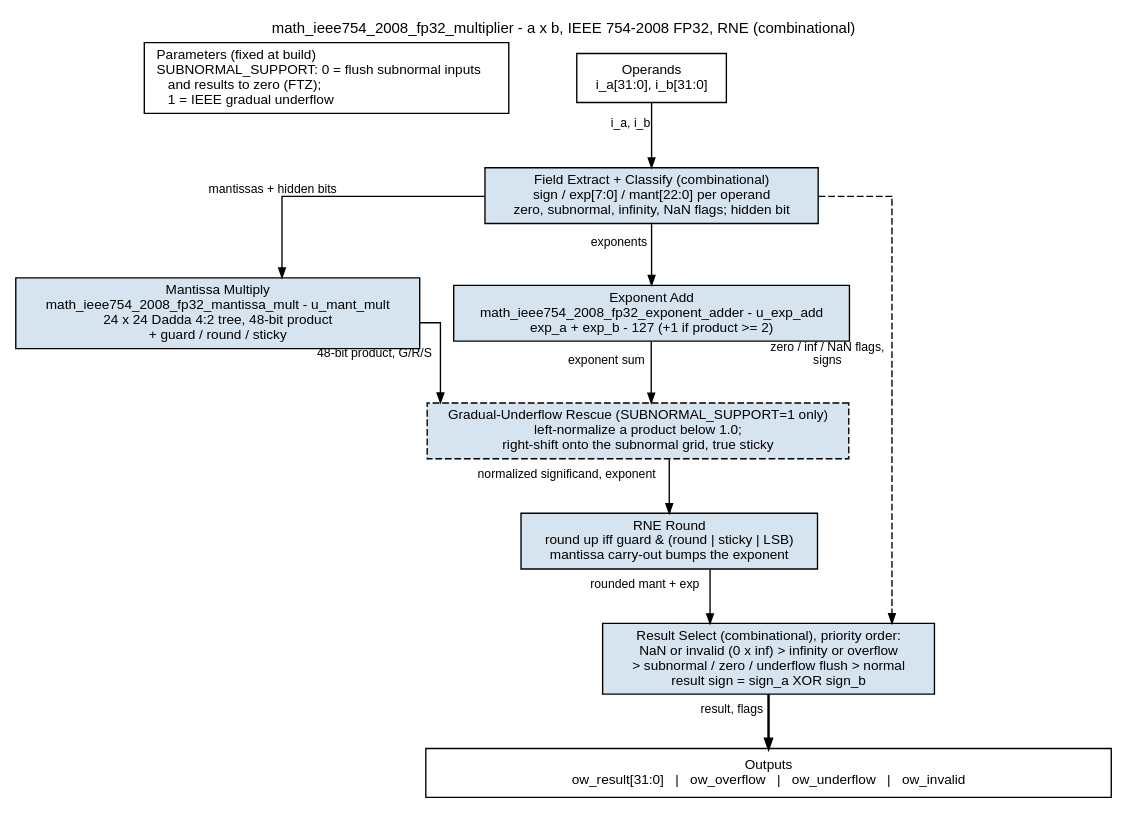
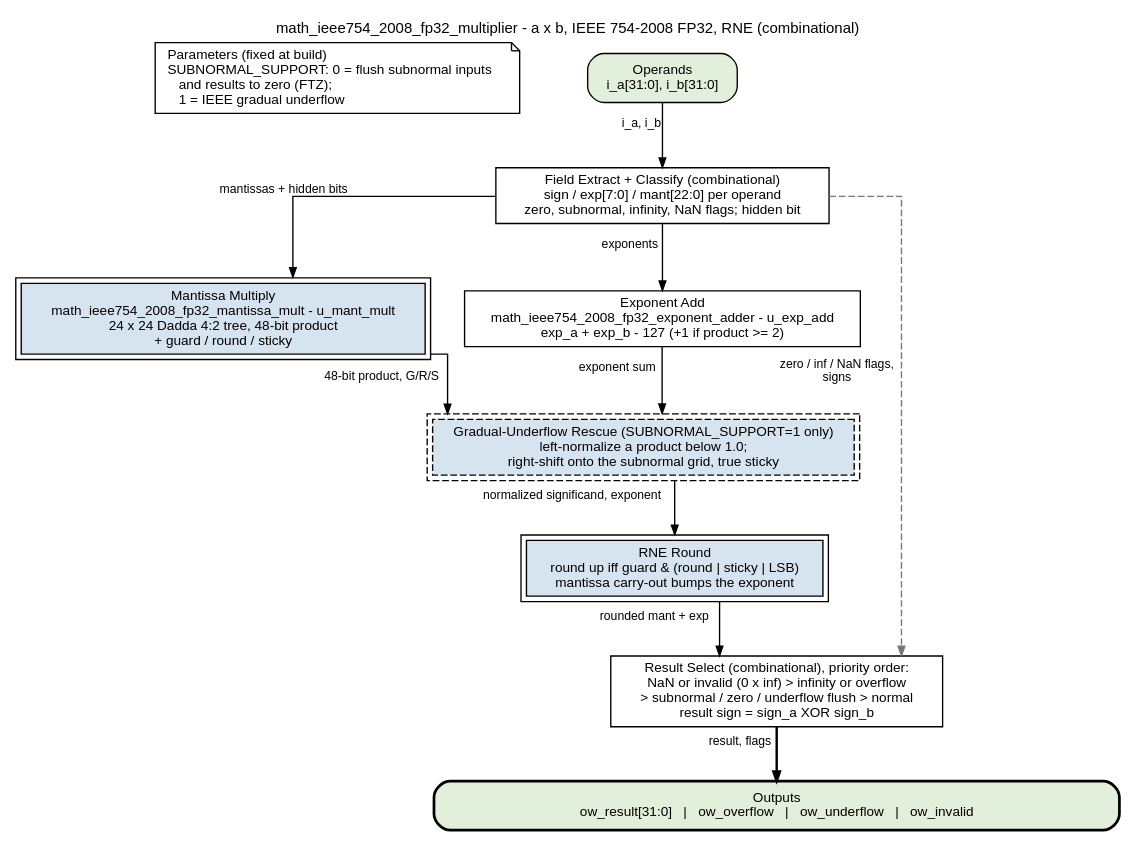
One commit to sean-galloway/RTLDesignSherpa changed the diagram in docs/markdown/assets/rtl-math/graphviz/math_ieee754_2008_fp32_multiplier.dot. Above: the diagram before and after it, drawn with Graphviz. The commit also changed 1165 other files, not shown here.

First line of the commit message:
docs: every block diagram converted to the element key v3 (641 rendered)

```diff
--- a/docs/markdown/assets/rtl-math/graphviz/math_ieee754_2008_fp32_multiplier.dot
+++ b/docs/markdown/assets/rtl-math/graphviz/math_ieee754_2008_fp32_multiplier.dot
@@ -1,44 +1,44 @@
 // math_ieee754_2008_fp32_multiplier block diagram - house style
 // (vault/handbook/authoring/block-diagrams.md). Combinational. Operands down
 // the center; sign, mantissa and exponent paths side by side; the optional
 // gradual-underflow rescue dashed (SUBNORMAL_SUPPORT=1 only); special-case
 // flags down the left as dashed sideband into the final select.
 // Source of truth: rtl/math/math_ieee754_2008_fp32_multiplier.sv (generated by
 // bin/rtl_generators/ieee754/fp32_multiplier.py).
 digraph math_ieee754_2008_fp32_multiplier {
     graph [rankdir=TB, bgcolor="white", fontname="Helvetica", fontsize=11,
            nodesep="0.35", ranksep="0.55", splines=ortho, newrank=true,
            label="math_ieee754_2008_fp32_multiplier - a x b, IEEE 754-2008 FP32, RNE (combinational)",
            labelloc=t, labeljust=c];
     node  [fontname="Helvetica", fontsize=10, shape=box, style=filled,
-           fillcolor="#D6E4F0", color="black", margin="0.12,0.06"];
+           fillcolor="white", color="black", margin="0.12,0.06"];
     edge  [fontname="Helvetica", fontsize=9, color="black", arrowsize=0.7];
 
-    prm  [label="Parameters (fixed at build)\lSUBNORMAL_SUPPORT: 0 = flush subnormal inputs\l    and results to zero (FTZ);\l    1 = IEEE gradual underflow\l", fillcolor="white"];
-    opa  [label="Operands\ni_a[31:0], i_b[31:0]", fillcolor="white"];
+    prm  [label="Parameters (fixed at build)\lSUBNORMAL_SUPPORT: 0 = flush subnormal inputs\l    and results to zero (FTZ);\l    1 = IEEE gradual underflow\l", fillcolor="white", shape=note];
+    opa  [label="Operands\ni_a[31:0], i_b[31:0]", fillcolor="white", style="rounded,filled", fillcolor="#E2EFDA"];
 
-    unp  [label="Field Extract + Classify (combinational)\nsign / exp[7:0] / mant[22:0] per operand\nzero, subnormal, infinity, NaN flags; hidden bit"];
-    mm   [label="Mantissa Multiply\nmath_ieee754_2008_fp32_mantissa_mult - u_mant_mult\n24 x 24 Dadda 4:2 tree, 48-bit product\n+ guard / round / sticky"];
-    ea   [label="Exponent Add\nmath_ieee754_2008_fp32_exponent_adder - u_exp_add\nexp_a + exp_b - 127 (+1 if product >= 2)"];
+    unp  [label="Field Extract + Classify (combinational)\nsign / exp[7:0] / mant[22:0] per operand\nzero, subnormal, infinity, NaN flags; hidden bit", style="filled", fillcolor="white"];
+    mm   [label="Mantissa Multiply\nmath_ieee754_2008_fp32_mantissa_mult - u_mant_mult\n24 x 24 Dadda 4:2 tree, 48-bit product\n+ guard / round / sticky", peripheries=2, style="filled", fillcolor="#D6E4F0"];
+    ea   [label="Exponent Add\nmath_ieee754_2008_fp32_exponent_adder - u_exp_add\nexp_a + exp_b - 127 (+1 if product >= 2)", style="filled", fillcolor="white"];
     sub  [label="Gradual-Underflow Rescue (SUBNORMAL_SUPPORT=1 only)\nleft-normalize a product below 1.0;\nright-shift onto the subnormal grid, true sticky",
-          style="filled,dashed"];
-    rne  [label="RNE Round\nround up iff guard & (round | sticky | LSB)\nmantissa carry-out bumps the exponent"];
-    spc  [label="Result Select (combinational), priority order:\nNaN or invalid (0 x inf) > infinity or overflow\n> subnormal / zero / underflow flush > normal\nresult sign = sign_a XOR sign_b"];
+          style="filled,dashed", peripheries=2, style="filled,dashed", fillcolor="#D6E4F0"];
+    rne  [label="RNE Round\nround up iff guard & (round | sticky | LSB)\nmantissa carry-out bumps the exponent", peripheries=2, style="filled", fillcolor="#D6E4F0"];
+    spc  [label="Result Select (combinational), priority order:\nNaN or invalid (0 x inf) > infinity or overflow\n> subnormal / zero / underflow flush > normal\nresult sign = sign_a XOR sign_b", style="filled", fillcolor="white"];
     outs [label="Outputs\now_result[31:0]   |   ow_overflow   |   ow_underflow   |   ow_invalid",
-          fillcolor="white", width=7.0];
+          fillcolor="white", width=7.0, style="rounded,filled,bold", fillcolor="#E2EFDA"];
 
     opa -> unp [xlabel="i_a, i_b"];
     unp -> mm  [xlabel="mantissas + hidden bits"];
     unp -> ea  [xlabel="exponents"];
     mm  -> sub [xlabel="48-bit product, G/R/S"];
     ea  -> sub [xlabel="exponent sum"];
     sub -> rne [xlabel="normalized significand, exponent"];
     rne -> spc [xlabel="rounded mant + exp"];
-    unp -> spc [style=dashed, xlabel="zero / inf / NaN flags,\nsigns"];
+    unp -> spc [style=dashed, color="#777777", xlabel="zero / inf / NaN flags,\nsigns"];
     spc -> outs [penwidth=1.8, xlabel="result, flags"];
 
     { rank=same; prm; opa; }
     { rank=same; mm; ea; }
     prm -> opa [style=invis, minlen=2];
     mm -> ea [style=invis];
 }
```
